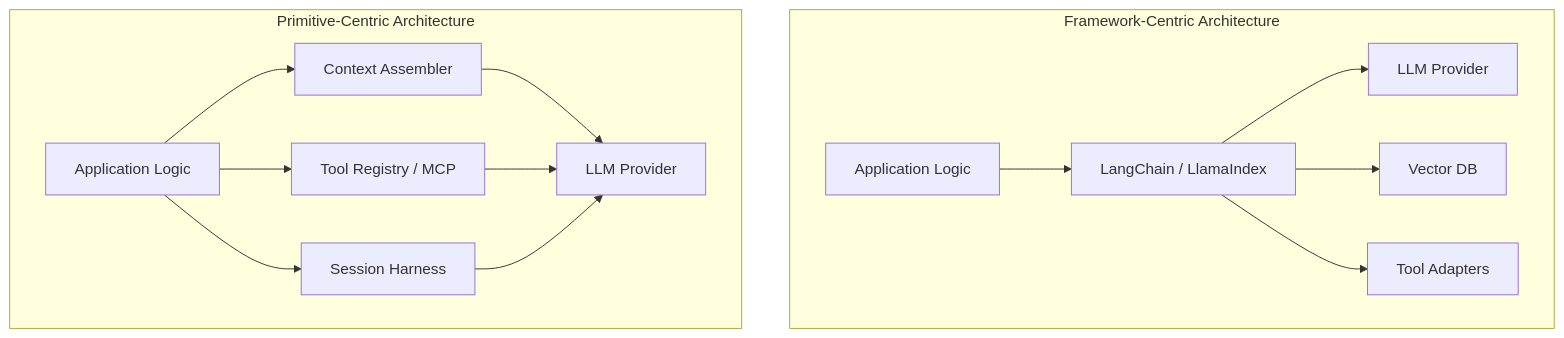
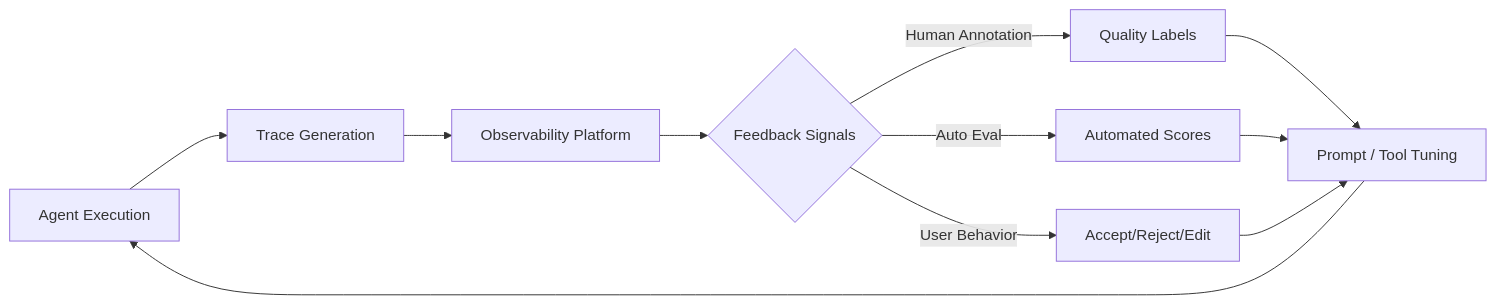
One commit to livia-hsieh/ai-intel-harness changed the fifth of 5 diagrams in digests/2026-W19/foundation.md. Above: the diagram before and after it, drawn with Mermaid. The commit also changed other lines of this file and 1 other file, not shown here.

Commit message:
Weekly digest 2026-W19 (auto-generated)

````diff
--- a/digests/2026-W19/foundation.md
+++ b/digests/2026-W19/foundation.md
@@ -210,17 +226,13 @@
 ```mermaid
-flowchart TD
-    subgraph FrameworkCentric["Framework-Centric Architecture"]
-        A[Application Logic] --> B[LangChain / LlamaIndex]
-        B --> C[LLM Provider]
-        B --> D[Vector DB]
-        B --> E[Tool Adapters]
-    end
-    subgraph PrimitiveCentric["Primitive-Centric Architecture"]
-        F[Application Logic] --> G[Context Assembler]
-        F --> H[Tool Registry / MCP]
-        F --> I[Session Harness]
-        G --> J[LLM Provider]
-        H --> J
-        I --> J
-    end
+flowchart LR
+    A[Agent Execution] --> B[Trace Generation]
+    B --> C[Observability Platform]
+    C --> D{Feedback Signals}
+    D -->|Human Annotation| E[Quality Labels]
+    D -->|Auto Eval| F[Automated Scores]
+    D -->|User Behavior| G[Accept/Reject/Edit]
+    E --> H[Prompt / Tool Tuning]
+    F --> H
+    G --> H
+    H --> A
 ```
````
